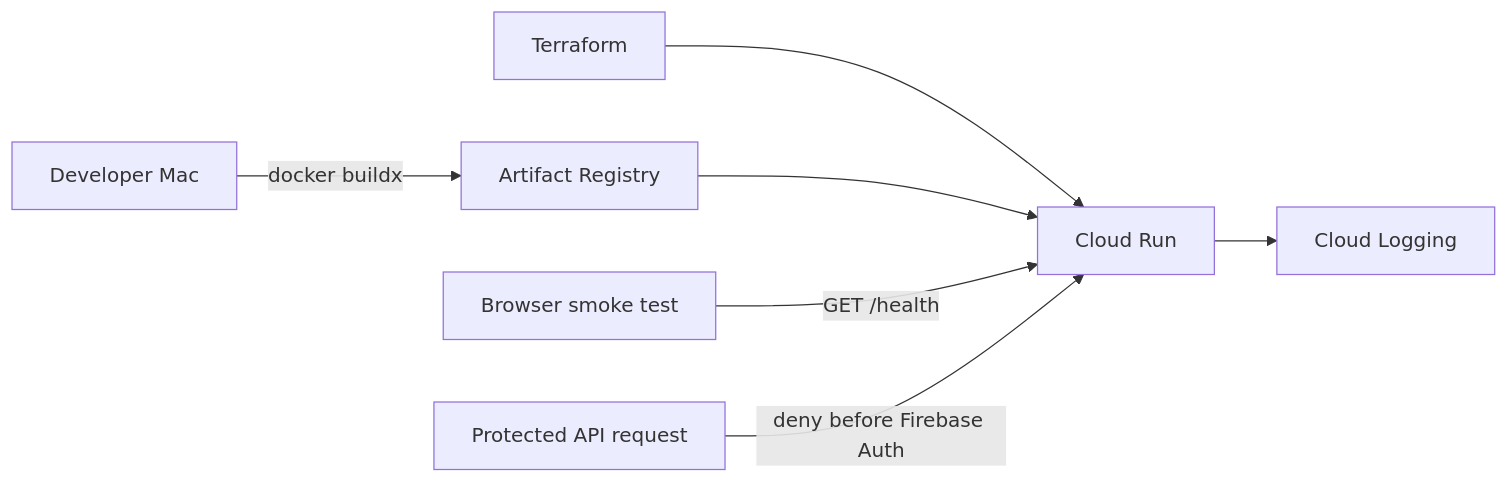
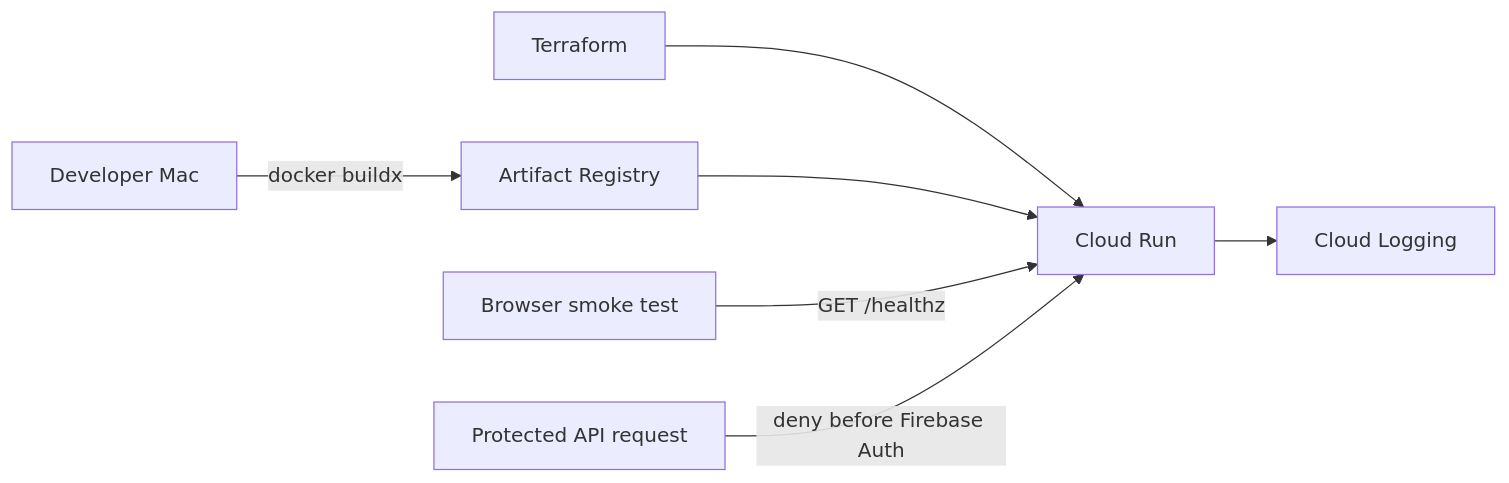
One commit to AirGary/Kpop-Dance-APP changed the diagram in docs/superpowers/specs/2026-07-14-stage-5a-cloud-run-bootstrap-design.md. Above: the diagram before and after it, drawn with Mermaid. The commit also changed other lines of this file and 1 other file, not shown here.

````diff
--- a/docs/superpowers/specs/2026-07-14-stage-5a-cloud-run-bootstrap-design.md
+++ b/docs/superpowers/specs/2026-07-14-stage-5a-cloud-run-bootstrap-design.md
@@ -25,9 +25,9 @@
 ```mermaid
 flowchart LR
     B["Developer Mac"] -->|"docker buildx"| I["Artifact Registry"]
     T["Terraform"] --> R["Cloud Run"]
     I --> R
-    U["Browser smoke test"] -->|"GET /health"| R
+    U["Browser smoke test"] -->|"GET /healthz"| R
     X["Protected API request"] -->|"deny before Firebase Auth"| R
     R --> L["Cloud Logging"]
 ```
````
